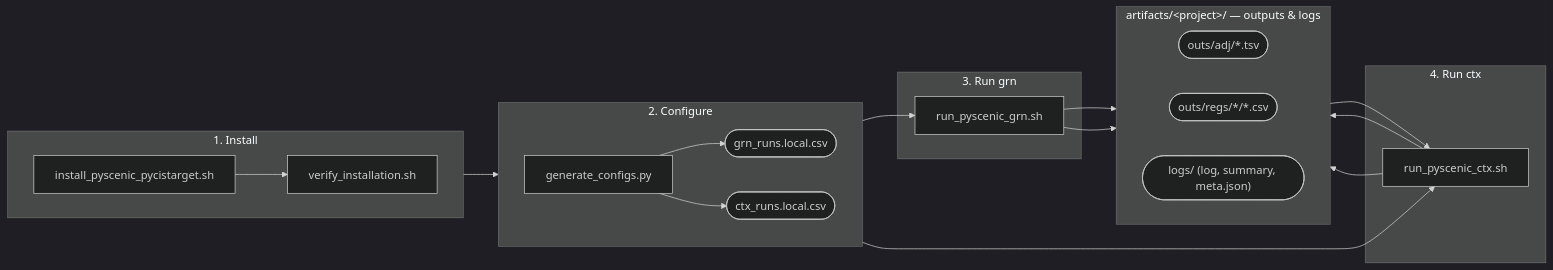
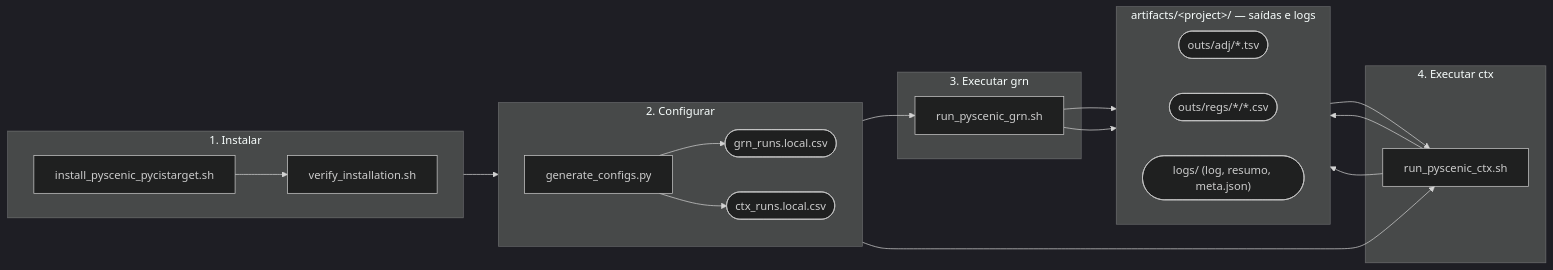
Before and after one commit to JVictorFFernandes/scenic-pipeline-toolkit: the diagram in README.md, drawn with Mermaid (dark theme). The commit also changed other lines of this file, not shown here.

````diff
--- a/README.md
+++ b/README.md
@@ -23,34 +24,34 @@
 ```mermaid
 flowchart LR
-    subgraph S1["1. Install"]
+    subgraph S1["1. Instalar"]
         direction LR
         Install["install_pyscenic_pycistarget.sh"] --> Verify["verify_installation.sh"]
     end
 
-    subgraph S2["2. Configure"]
+    subgraph S2["2. Configurar"]
         direction LR
         Configure["generate_configs.py"] --> GrnCsv(["grn_runs.local.csv"]) & CtxCsv(["ctx_runs.local.csv"])
     end
 
-    subgraph S3["3. Run grn"]
+    subgraph S3["3. Executar grn"]
         Grn["run_pyscenic_grn.sh"]
     end
 
-    subgraph S4["4. Run ctx"]
+    subgraph S4["4. Executar ctx"]
         Ctx["run_pyscenic_ctx.sh"]
     end
 
-    subgraph S5["artifacts/&lt;project&gt;/ — outputs & logs"]
+    subgraph S5["artifacts/&lt;project&gt;/ — saídas e logs"]
         direction LR
         Adj(["outs/adj/*.tsv"])
         Regulons(["outs/regs/*/*.csv"])
-        Telemetry(["logs/ (log, summary, meta.json)"])
+        Telemetry(["logs/ (log, resumo, meta.json)"])
     end
 
     S1 --> S2
     GrnCsv --> Grn
     CtxCsv --> Ctx
     Grn --> Adj & Telemetry
     Adj --> Ctx
     Ctx --> Regulons & Telemetry
 ```
````
